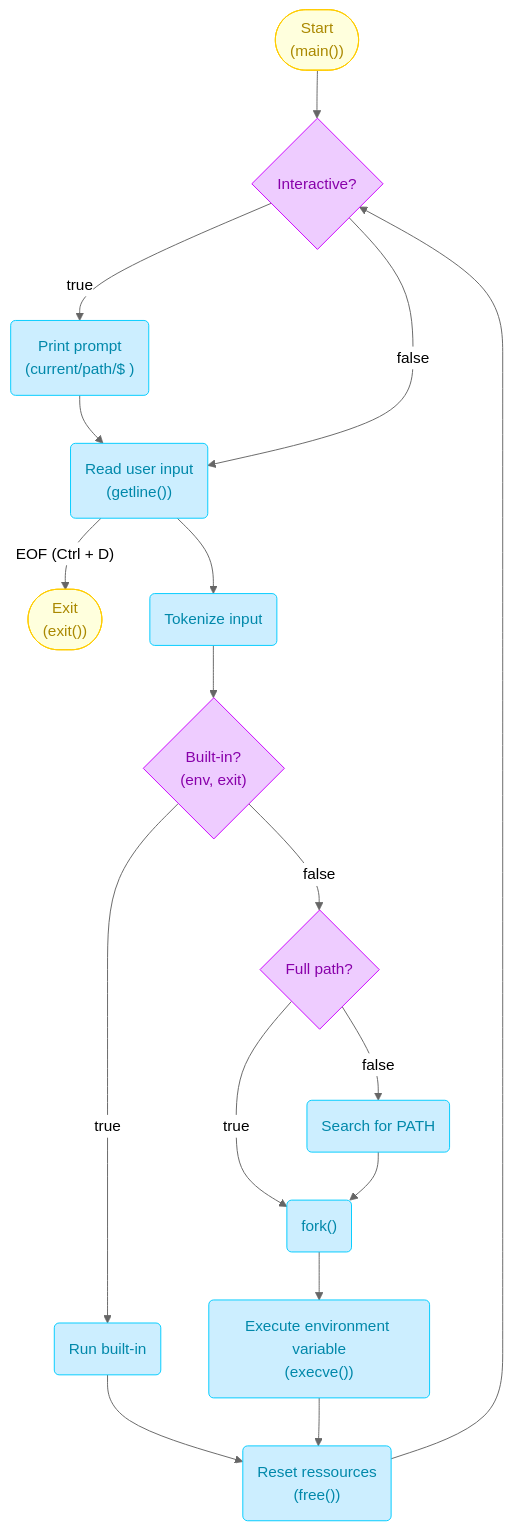
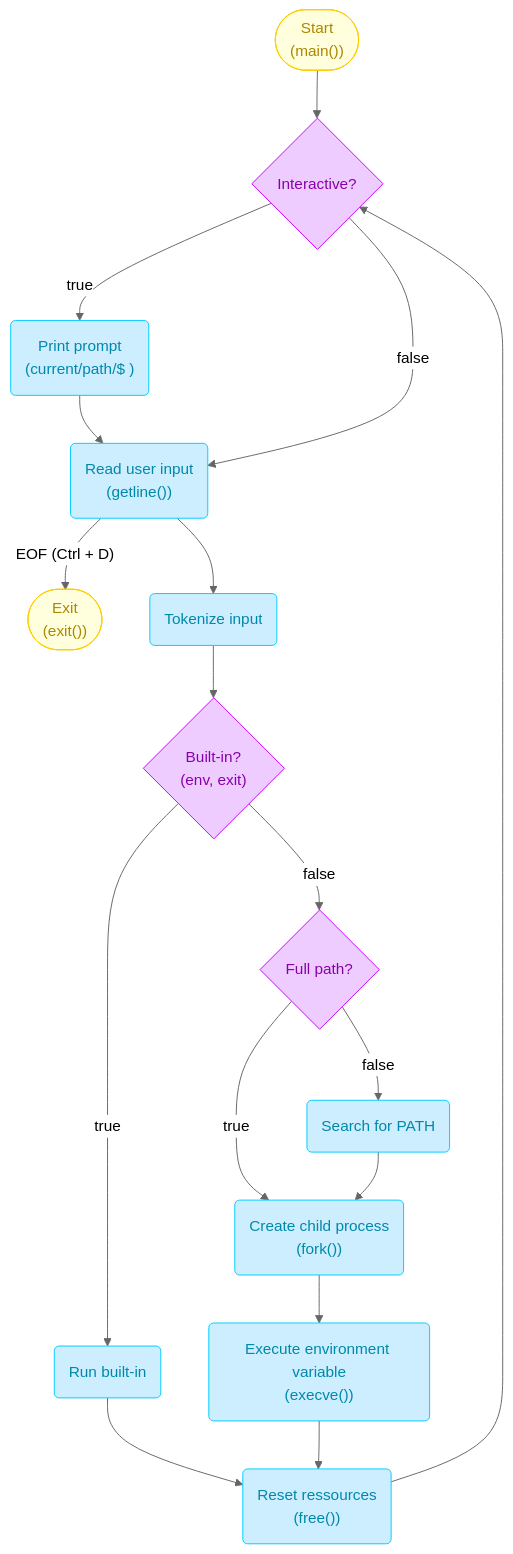
Before and after one commit to Ashe2A/holbertonschool-simple_shell: the diagram in README.md, drawn with Mermaid (neutral theme).

Commit message:
fork node

````diff
--- a/README.md
+++ b/README.md
@@ -38,34 +38,34 @@
 ```mermaid
 flowchart
     A(["Start<br>(main())"]) --> B{"Interactive?"}
     B -- true --> C("Print prompt<br>(current/path/$ )")
     C --> D("Read user input<br>(getline())")
     B -- false --> D
     D -- EOF (Ctrl + D) --> E(["Exit<br>(exit())"])
     D --> F("Tokenize input")
     F --> G{"Built-in?<br>(env, exit)"}
     G -- false --> I{"Full path?"}
     G -- true --> H("Run built-in")
     H --> M
-    I -- true --> J("fork()")
+    I -- true --> J("Create child process<br>(fork())")
     J --> L("Execute environment variable<br>(execve())")
     I -- false --> K("Search for PATH")
     K --> J
     L --> M("Reset ressources<br>(free())")
     M --> B
     style A stroke:#FC0,fill:#FFD,color:#A80
     style E stroke:#FC0,fill:#FFD,color:#A80
 
     style B stroke:#C0F,fill:#ECF,color:#80A
     style G stroke:#C0F,fill:#ECF,color:#80A
     style I stroke:#C0F,fill:#ECF,color:#80A
 
     style C stroke:#0CF,fill:#CEF,color:#08A
     style D stroke:#0CF,fill:#CEF,color:#08A
     style F stroke:#0CF,fill:#CEF,color:#08A
     style H stroke:#0CF,fill:#CEF,color:#08A
     style J stroke:#0CF,fill:#CEF,color:#08A
     style K stroke:#0CF,fill:#CEF,color:#08A
     style L stroke:#0CF,fill:#CEF,color:#08A
     style M stroke:#0CF,fill:#CEF,color:#08A
 ```
````
